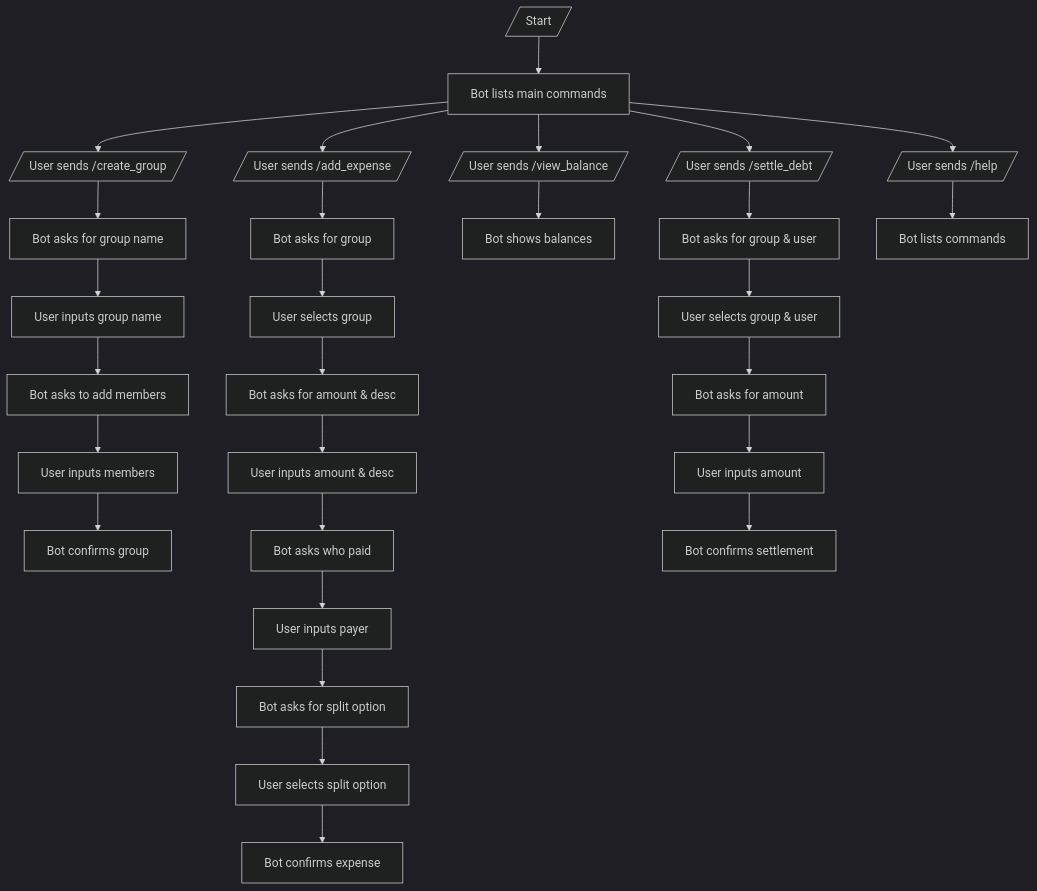
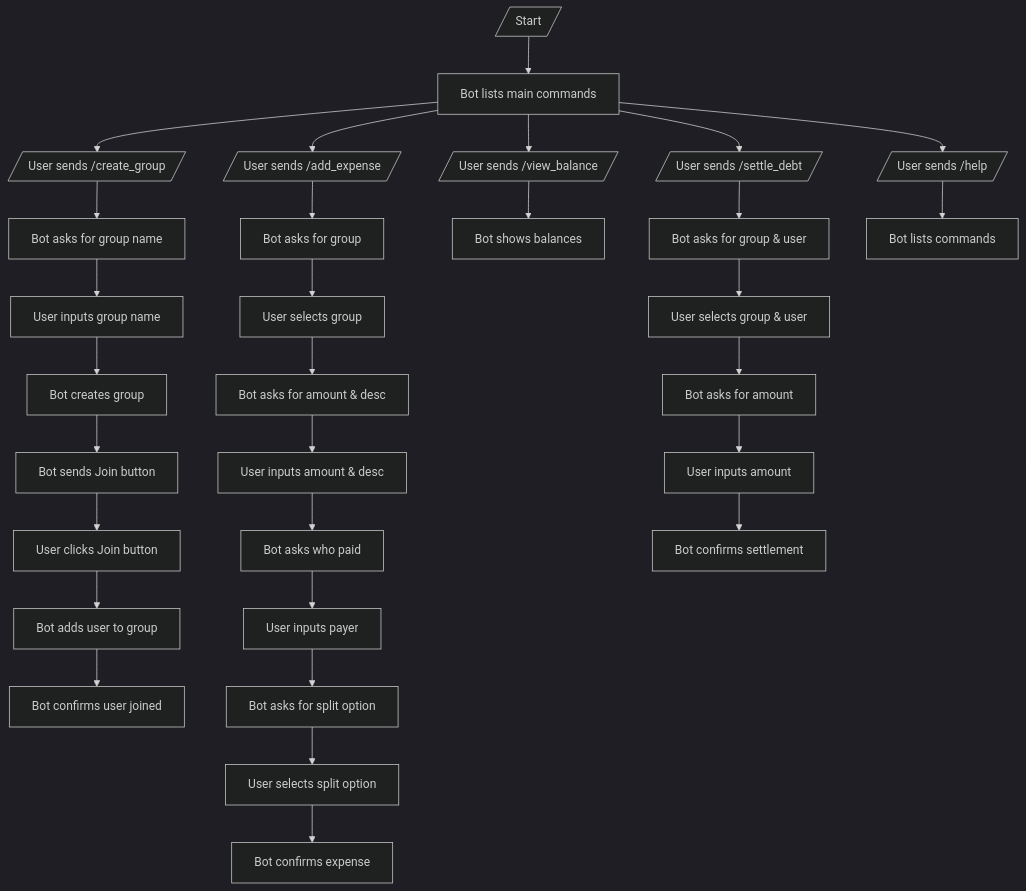
Before and after one commit to davidchanwz/coconutsplit: the first of 2 diagrams in README.md, drawn with Mermaid (dark theme). The commit also changed other lines of this file and 1 other file, not shown here.

````diff
--- a/README.md
+++ b/README.md
@@ -170,35 +173,37 @@
 ```mermaid
 graph TD
     A[/Start/] --> B[Bot lists main commands]
     
     B --> C[/User sends /create_group/]
     C --> D[Bot asks for group name]
     D --> E[User inputs group name]
-    E --> F[Bot asks to add members]
-    F --> G[User inputs members]
-    G --> H[Bot confirms group]
+    E --> F[Bot creates group]
+    F --> G[Bot sends Join button]
+    G --> H[User clicks Join button]
+    H --> I[Bot adds user to group]
+    I --> J[Bot confirms user joined]
 
-    B --> I[/User sends /add_expense/]
-    I --> J[Bot asks for group]
-    J --> K[User selects group]
-    K --> L[Bot asks for amount & desc]
-    L --> M[User inputs amount & desc]
-    M --> N[Bot asks who paid]
-    N --> O[User inputs payer]
-    O --> P[Bot asks for split option]
-    P --> Q[User selects split option]
-    Q --> R[Bot confirms expense]
+    B --> K[/User sends /add_expense/]
+    K --> L[Bot asks for group]
+    L --> M[User selects group]
+    M --> N[Bot asks for amount & desc]
+    N --> O[User inputs amount & desc]
+    O --> P[Bot asks who paid]
+    P --> Q[User inputs payer]
+    Q --> R[Bot asks for split option]
+    R --> S[User selects split option]
+    S --> T[Bot confirms expense]
 
-    B --> S[/User sends /view_balance/]
-    S --> T[Bot shows balances]
+    B --> U[/User sends /view_balance/]
+    U --> V[Bot shows balances]
 
-    B --> U[/User sends /settle_debt/]
-    U --> V[Bot asks for group & user]
-    V --> W[User selects group & user]
-    W --> X[Bot asks for amount]
-    X --> Y[User inputs amount]
-    Y --> Z[Bot confirms settlement]
+    B --> W[/User sends /settle_debt/]
+    W --> X[Bot asks for group & user]
+    X --> Y[User selects group & user]
+    Y --> Z[Bot asks for amount]
+    Z --> AA[User inputs amount]
+    AA --> AB[Bot confirms settlement]
 
-    B --> AA[/User sends /help/]
-    AA --> AB[Bot lists commands]
+    B --> AC[/User sends /help/]
+    AC --> AD[Bot lists commands]
 ```
````
